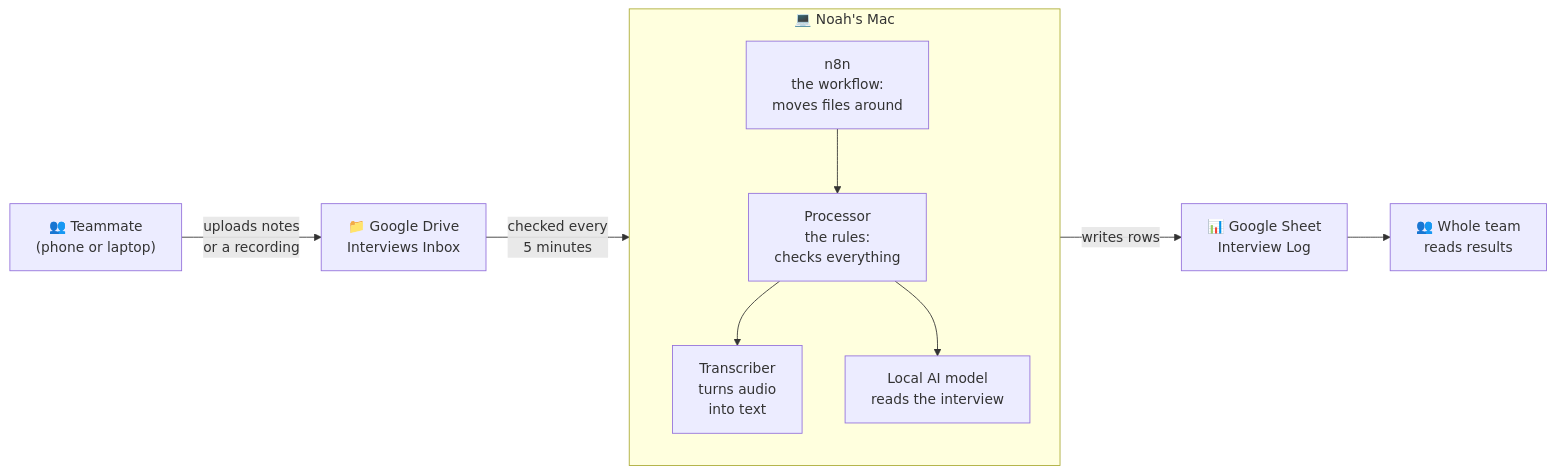
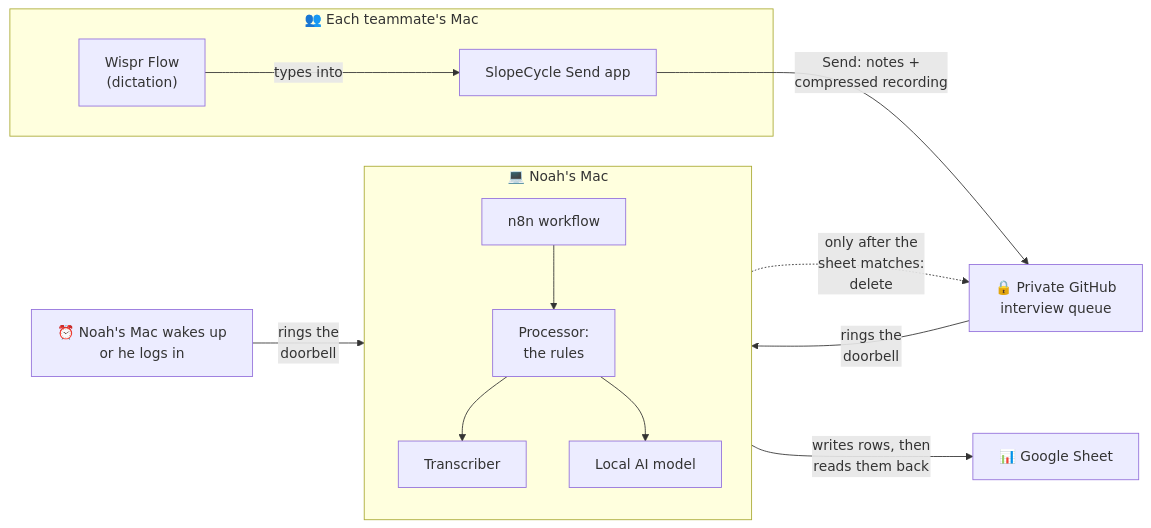
Before and after one commit to G-Eskayo/slopecycle-interview-agent: the first of 3 diagrams in README.md, drawn with Mermaid. The commit also changed other lines of this file and 7 other files, not shown here.

First line of the commit message:
Docs v2: README with event-driven diagrams and Send app, teammate guide, design, demo, test results

````diff
--- a/README.md
+++ b/README.md
@@ -26,15 +28,17 @@
 ```mermaid
 flowchart LR
-    T["👥 Teammate<br/>(phone or laptop)"] -->|"uploads notes<br/>or a recording"| I["📁 Google Drive<br/>Interviews Inbox"]
-    I -->|"checked every<br/>5 minutes"| M
-
+    subgraph T["👥 Each teammate's Mac"]
+        W["Wispr Flow<br/>(dictation)"] -->|"types into"| A["SlopeCycle Send app"]
+    end
+    A -->|"Send: notes +<br/>compressed recording"| Q["🔒 Private GitHub<br/>interview queue"]
+    Q -->|"rings the<br/>doorbell"| M
+    K["⏰ Noah's Mac wakes up<br/>or he logs in"] -->|"rings the<br/>doorbell"| M
     subgraph M["💻 Noah's Mac"]
         direction TB
-        W["n8n<br/>the workflow:<br/>moves files around"] --> P["Processor<br/>the rules:<br/>checks everything"]
-        P --> A["Transcriber<br/>turns audio<br/>into text"]
-        P --> L["Local AI model<br/>reads the interview"]
+        N["n8n workflow"] --> P["Processor:<br/>the rules"]
+        P --> X["Transcriber"]
+        P --> L["Local AI model"]
     end
-
-    M -->|"writes rows"| S["📊 Google Sheet<br/>Interview Log"]
-    S --> R["👥 Whole team<br/>reads results"]
+    M -->|"writes rows, then<br/>reads them back"| S["📊 Google Sheet"]
+    M -.->|"only after the<br/>sheet matches:<br/>delete"| Q
 ```
````
